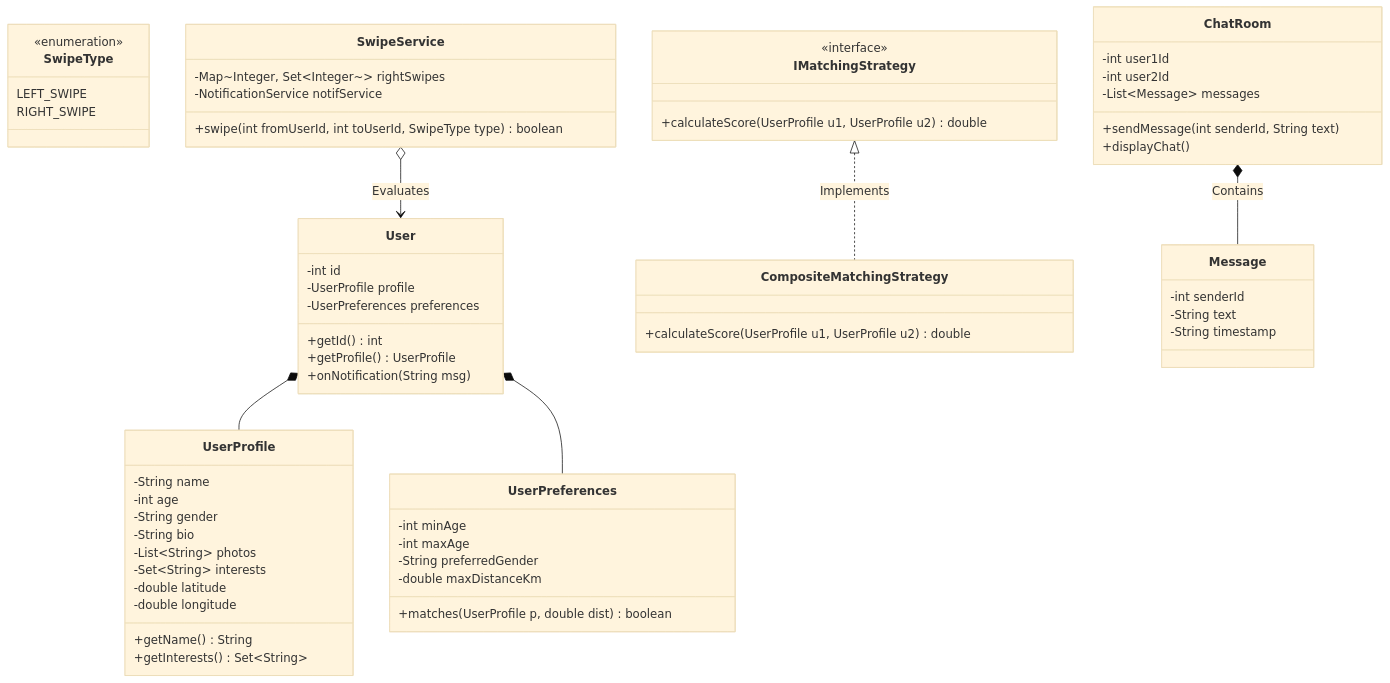
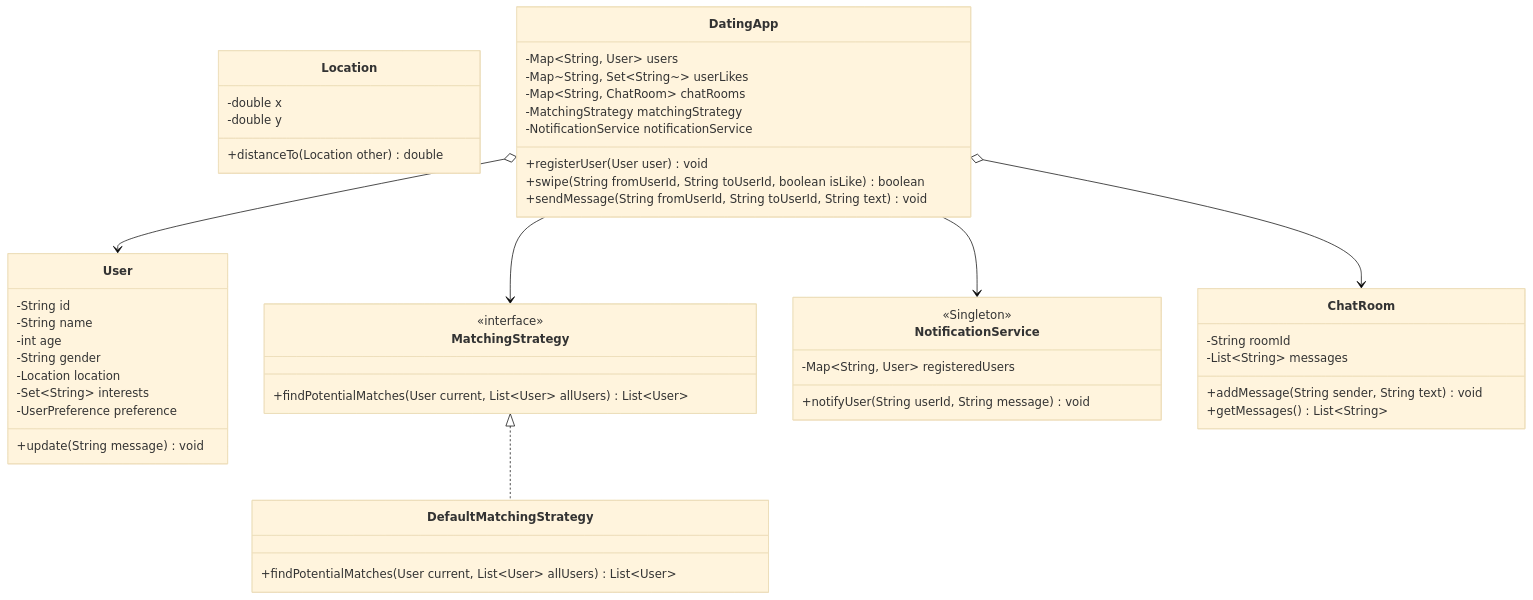
The diagram in 04-OOPs-and-Design-Patterns/04-LLD-Case-Studies/27-Build-Tinder-Dating-Site.md (rohithgowda18/Notes), drawn with Mermaid (base theme) before and after one commit. The commit also changed other lines of this file and 39 other files, not shown here.

````diff
--- a/04-OOPs-and-Design-Patterns/04-LLD-Case-Studies/27-Build-Tinder-Dating-Site.md
+++ b/04-OOPs-and-Design-Patterns/04-LLD-Case-Studies/27-Build-Tinder-Dating-Site.md
@@ -85,73 +76,58 @@
 ```mermaid
 classDiagram
-    class UserProfile {
+    class User {
+        -String id
         -String name
         -int age
         -String gender
-        -String bio
-        -List~String~ photos
+        -Location location
         -Set~String~ interests
-        -double latitude
-        -double longitude
-        +getName() String
-        +getInterests() Set~String~
+        -UserPreference preference
+        +update(String message) void
     }
 
-    class UserPreferences {
-        -int minAge
-        -int maxAge
-        -String preferredGender
-        -double maxDistanceKm
-        +matches(UserProfile p, double dist) boolean
+    class Location {
+        -double x
+        -double y
+        +distanceTo(Location other) double
     }
 
-    class User {
-        -int id
-        -UserProfile profile
-        -UserPreferences preferences
-        +getId() int
-        +getProfile() UserProfile
-        +onNotification(String msg)
+    class MatchingStrategy {
+        <<interface>>
+        +findPotentialMatches(User current, List~User~ allUsers) List~User~
     }
 
-    class SwipeType {
-        <<enumeration>>
-        LEFT_SWIPE
-        RIGHT_SWIPE
+    class DefaultMatchingStrategy {
+        +findPotentialMatches(User current, List~User~ allUsers) List~User~
     }
 
-    class IMatchingStrategy {
-        <<interface>>
-        +calculateScore(UserProfile u1, UserProfile u2) double
-    }
-
-    class CompositeMatchingStrategy {
-        +calculateScore(UserProfile u1, UserProfile u2) double
-    }
-
-    class SwipeService {
-        -Map~Integer, Set~Integer~~ rightSwipes
-        -NotificationService notifService
-        +swipe(int fromUserId, int toUserId, SwipeType type) boolean
+    class NotificationService {
+        <<Singleton>>
+        -Map~String, User~ registeredUsers
+        +notifyUser(String userId, String message) void
     }
 
     class ChatRoom {
-        -int user1Id
-        -int user2Id
-        -List~Message~ messages
-        +sendMessage(int senderId, String text)
-        +displayChat()
+        -String roomId
+        -List~String~ messages
+        +addMessage(String sender, String text) void
+        +getMessages() List~String~
     }
 
-    class Message {
-        -int senderId
-        -String text
-        -String timestamp
+    class DatingApp {
+        -Map~String, User~ users
+        -Map~String, Set~String~~ userLikes
+        -Map~String, ChatRoom~ chatRooms
+        -MatchingStrategy matchingStrategy
+        -NotificationService notificationService
+        +registerUser(User user) void
+        +swipe(String fromUserId, String toUserId, boolean isLike) boolean
+        +sendMessage(String fromUserId, String toUserId, String text) void
     }
 
-    IMatchingStrategy <|.. CompositeMatchingStrategy : Implements
-    User *-- UserProfile
-    User *-- UserPreferences
-    ChatRoom *-- Message : Contains
-    SwipeService o--> User : Evaluates
+    MatchingStrategy <|.. DefaultMatchingStrategy
+    DatingApp --> MatchingStrategy
+    DatingApp --> NotificationService
+    DatingApp o--> User
+    DatingApp o--> ChatRoom
 ```
````
